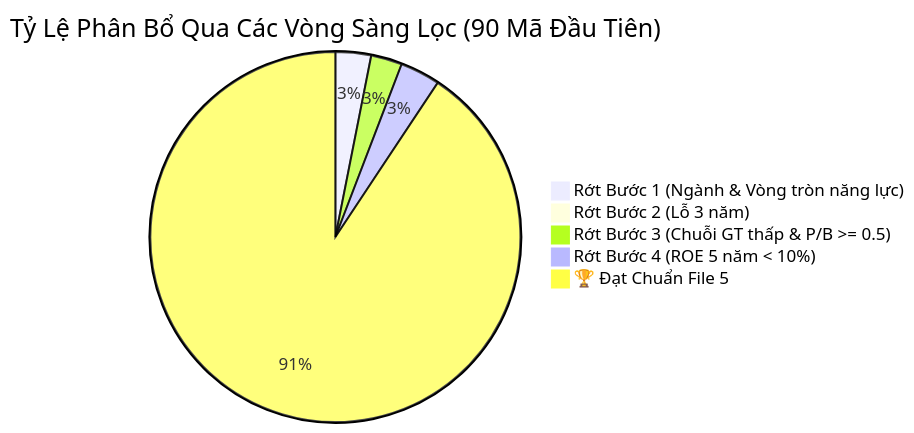
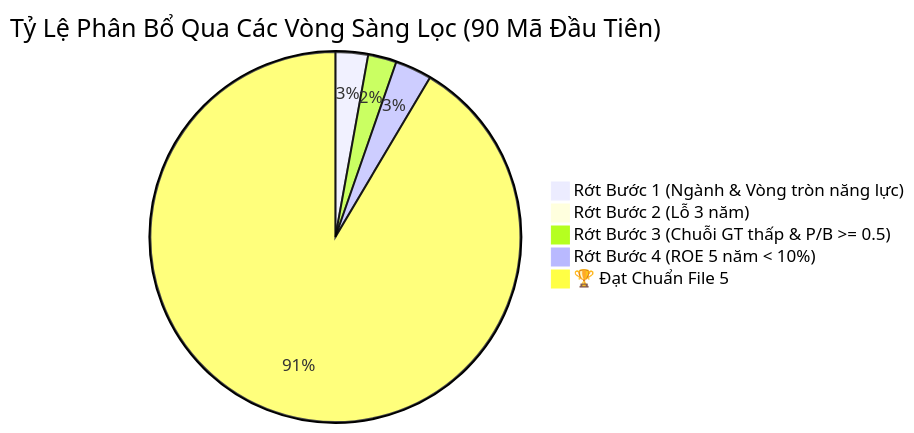
One commit to lenhan1102/pdf-analyzer changed the diagram in screenings/screening_dashboard.md. Above: the diagram before and after it, drawn with Mermaid. The commit also changed other lines of this file and 10 other files, not shown here.

````diff
--- a/screenings/screening_dashboard.md
+++ b/screenings/screening_dashboard.md
@@ -9,8 +9,8 @@
 ```mermaid
 pie title Tỷ Lệ Phân Bổ Qua Các Vòng Sàng Lọc (90 Mã Đầu Tiên)
     "Rớt Bước 1 (Ngành & Vòng tròn năng lực)" : 16
     "Rớt Bước 2 (Lỗ 3 năm)" : 1
     "Rớt Bước 3 (Chuỗi GT thấp & P/B >= 0.5)" : 14
     "Rớt Bước 4 (ROE 5 năm < 10%)" : 18
-    "🏆 Đạt Chuẩn File 5" : 467
+    "🏆 Đạt Chuẩn File 5" : 515
 ```
````
